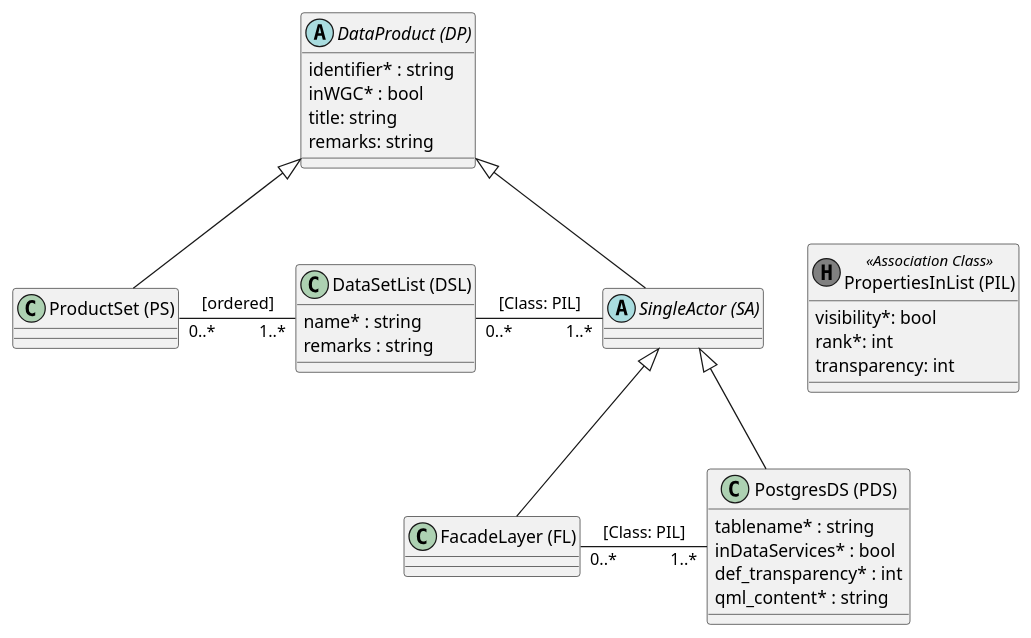
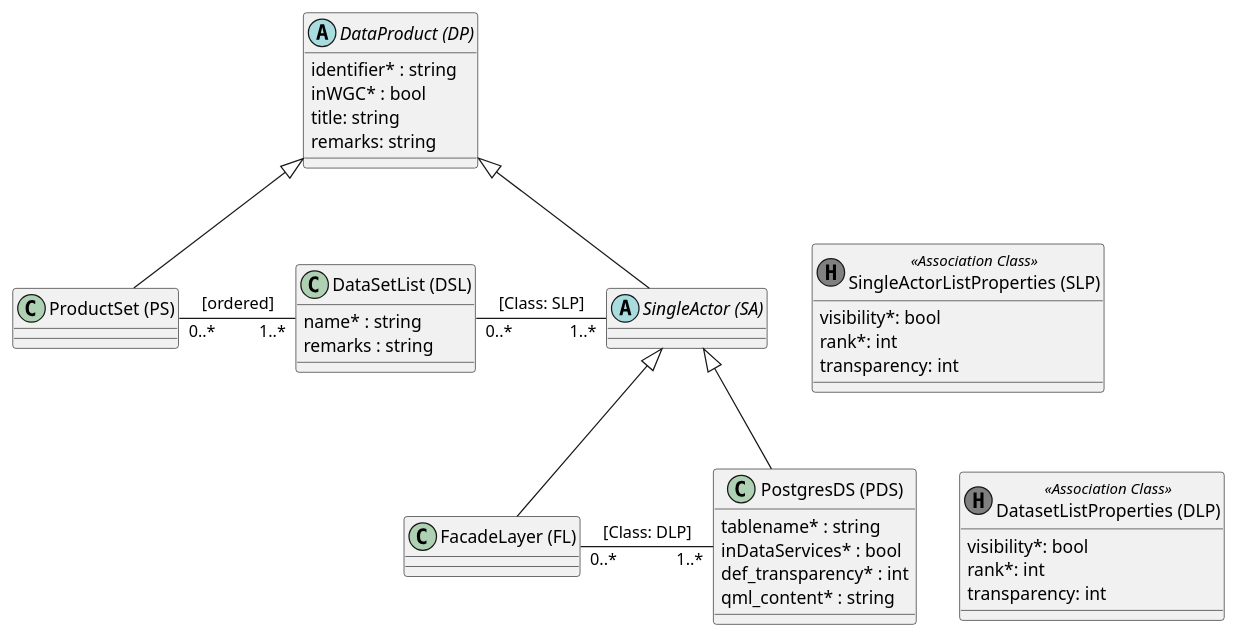
The diagram in puml/src/proto_model_v2.puml (simi-so/mm), drawn with PlantUML before and after one commit. The commit also changed 3 other files, not shown here.

Commit message:
Protos: split class PropertiesInList in two

```diff
--- a/puml/src/proto_model_v2.puml
+++ b/puml/src/proto_model_v2.puml
@@ -1,48 +1,55 @@
 @startuml
 
 abstract class "DataProduct (DP)" as dp {
     identifier* : string
     inWGC* : bool
     title: string
     remarks: string
 }
 
 class "ProductSet (PS)" as ps
 
 class "DataSetList (DSL)" as dsl {
     name* : string
     remarks : string
 }
 
 abstract class "SingleActor (SA)" as sa
 
 class "FacadeLayer (FL)" as fl
 
 class "PostgresDS (PDS)" as pds {
     tablename* : string
     inDataServices* : bool
     def_transparency* : int
     qml_content* : string
 }
 
-class "PropertiesInList (PIL)" as pil << (H, grey) Association Class >> {
+class "DatasetListProperties (DLP)" as dlp << (H, grey) Association Class >> {
+    visibility*: bool
+    rank*: int
+    transparency: int
+}
+
+class "SingleActorListProperties (SLP)" as slp << (H, grey) Association Class >> {
     visibility*: bool
     rank*: int
     transparency: int
 }
 
 dp <|-- ps
 
 dp <|-- sa
 sa <|-- pds
 sa <|-- fl
 
 ps "0..*" - "1..*" dsl : [ordered]
 
-dsl "0..*" - "1..*" sa : [Class: PIL]
-fl "0..*" - "1..*" pds : [Class: PIL]
+dsl "0..*" - "1..*" sa : [Class: SLP]
+fl "0..*" - "1..*" pds : [Class: DLP]
 
 ' layout help
-sa -[hidden]> pil
+sa -[hidden]> slp
+pds -[hidden]> dlp
 
 @enduml
```
